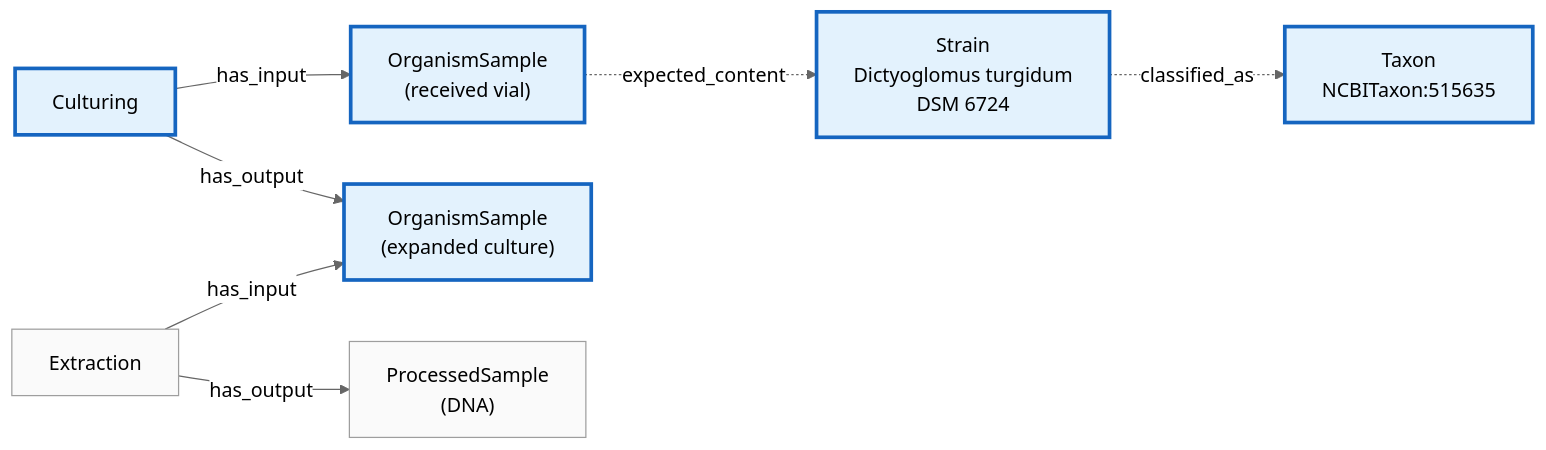
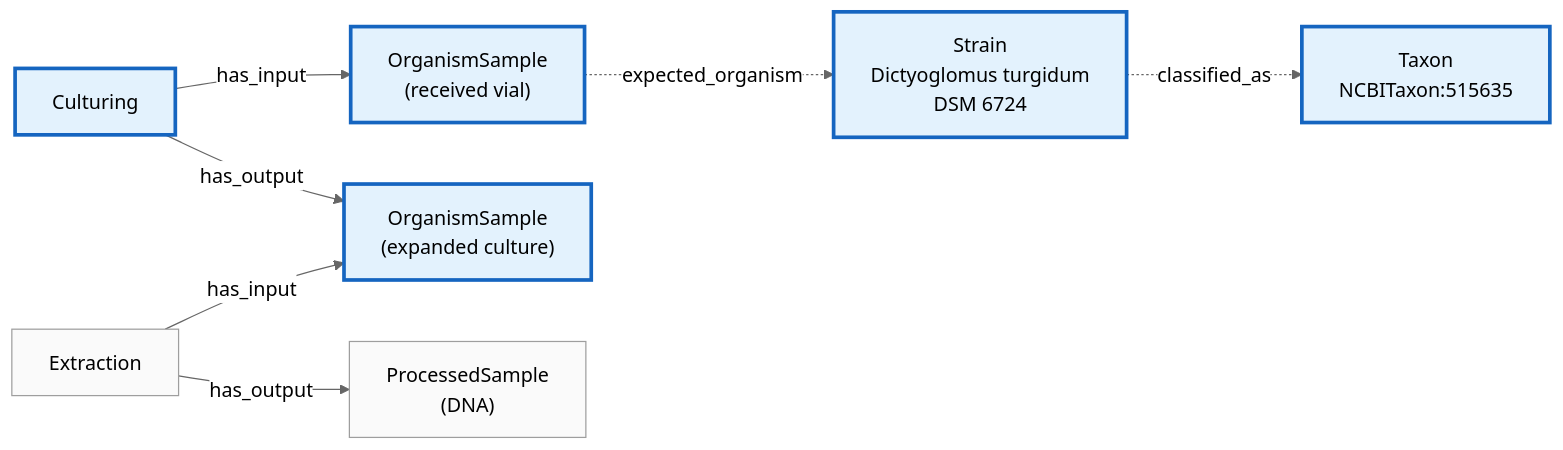
The diagram in src/docs/images/use-case-2-culture-collection.mmd (microbiomedata/nmdc-schema), drawn with Mermaid (neutral theme) before and after one commit. The commit also changed 16 other files, not shown here.

```diff
--- a/src/docs/images/use-case-2-culture-collection.mmd
+++ b/src/docs/images/use-case-2-culture-collection.mmd
@@ -1,23 +1,23 @@
 flowchart LR
     OSM1["OrganismSample\n(received vial)"]
     CULT["Culturing"]
     OSM2["OrganismSample\n(expanded culture)"]
     EXT["Extraction"]
     PSM["ProcessedSample\n(DNA)"]
     STRN["Strain\nDictyoglomus turgidum\nDSM 6724"]
     TAX["Taxon\nNCBITaxon:515635"]
 
     CULT -->|has_input| OSM1
     CULT -->|has_output| OSM2
     EXT -->|has_input| OSM2
     EXT -->|has_output| PSM
-    OSM1 -.->|expected_content| STRN
+    OSM1 -.->|expected_organism| STRN
     STRN -.->|classified_as| TAX
 
     style OSM1 fill:#e3f2fd,stroke:#1565c0,stroke-width:3px
     style OSM2 fill:#e3f2fd,stroke:#1565c0,stroke-width:3px
     style CULT fill:#e3f2fd,stroke:#1565c0,stroke-width:3px
     style STRN fill:#e3f2fd,stroke:#1565c0,stroke-width:3px
     style TAX fill:#e3f2fd,stroke:#1565c0,stroke-width:3px
     style EXT fill:#fafafa,stroke:#9e9e9e
     style PSM fill:#fafafa,stroke:#9e9e9e
```
